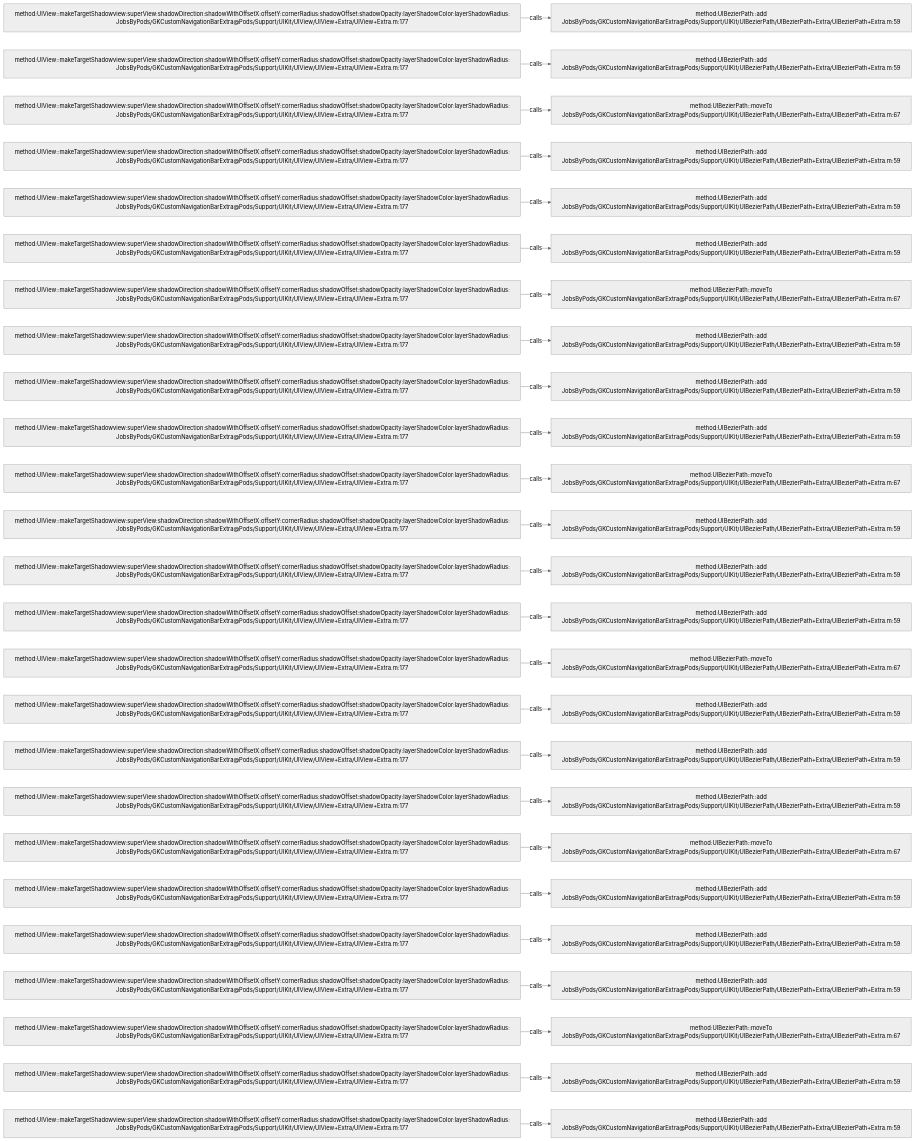
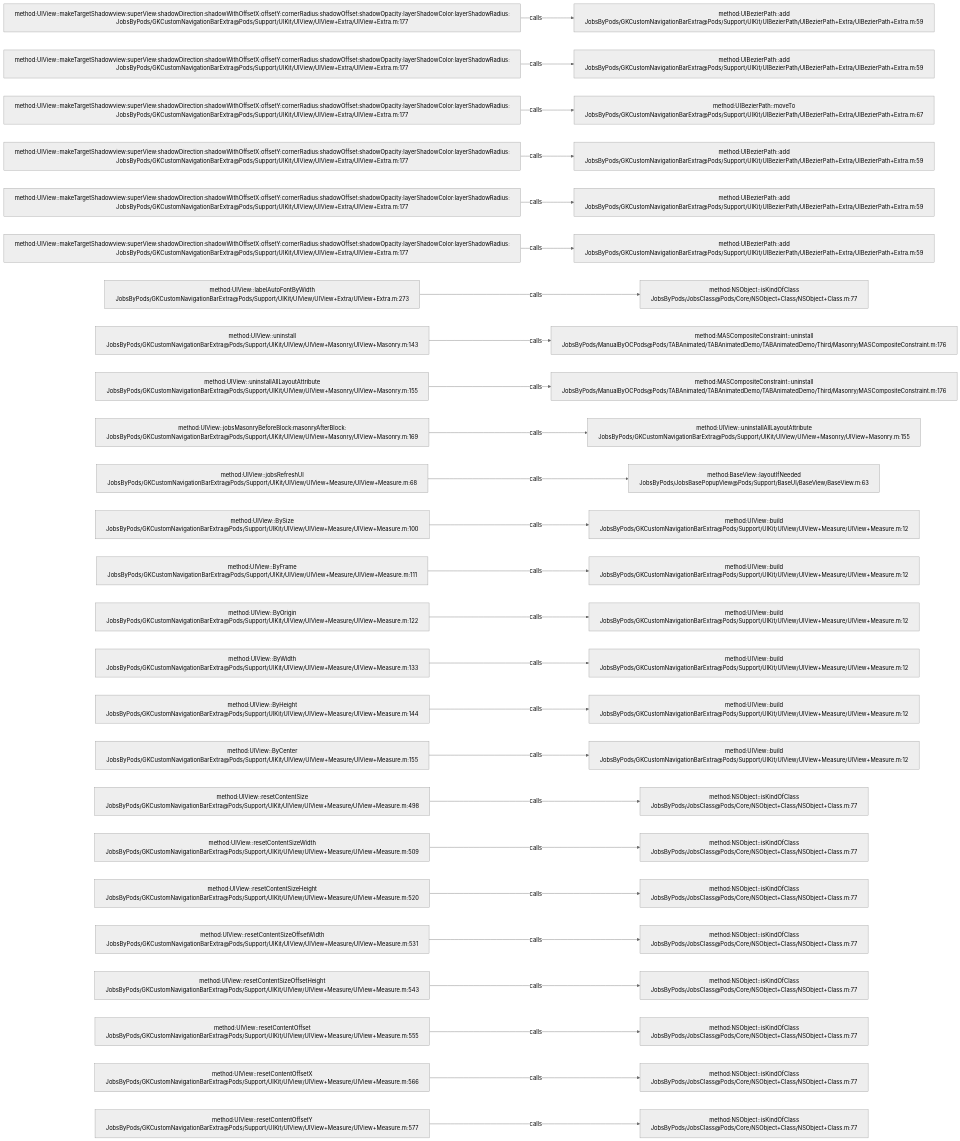
Before and after one commit to JobsKits/JobsOCBaseConfigDemo: the diagram in .codegraph/codegraph.md/graphs/calls-009.md, drawn with Mermaid (neutral theme). The commit also changed 1026 other files, not shown here.

````diff
--- a/.codegraph/codegraph.md/graphs/calls-009.md
+++ b/.codegraph/codegraph.md/graphs/calls-009.md
@@ -13,78 +13,78 @@
 ```mermaid
 flowchart LR
   S1["method:UIView::makeTargetShadowview:superView:shadowDirection:shadowWithOffsetX:offsetY:cornerRadius:shadowOffset:shadowOpacity:layerShadowColor:layerShadowRadius:<br/>JobsByPods/GKCustomNavigationBarExtra@Pods/Support/UIKit/UIView/UIView+Extra/UIView+Extra.m:177"]
   T1["method:UIBezierPath::add<br/>JobsByPods/GKCustomNavigationBarExtra@Pods/Support/UIKit/UIBezierPath/UIBezierPath+Extra/UIBezierPath+Extra.m:59"]
   S1 -->|calls| T1
   S2["method:UIView::makeTargetShadowview:superView:shadowDirection:shadowWithOffsetX:offsetY:cornerRadius:shadowOffset:shadowOpacity:layerShadowColor:layerShadowRadius:<br/>JobsByPods/GKCustomNavigationBarExtra@Pods/Support/UIKit/UIView/UIView+Extra/UIView+Extra.m:177"]
   T2["method:UIBezierPath::add<br/>JobsByPods/GKCustomNavigationBarExtra@Pods/Support/UIKit/UIBezierPath/UIBezierPath+Extra/UIBezierPath+Extra.m:59"]
   S2 -->|calls| T2
   S3["method:UIView::makeTargetShadowview:superView:shadowDirection:shadowWithOffsetX:offsetY:cornerRadius:shadowOffset:shadowOpacity:layerShadowColor:layerShadowRadius:<br/>JobsByPods/GKCustomNavigationBarExtra@Pods/Support/UIKit/UIView/UIView+Extra/UIView+Extra.m:177"]
   T3["method:UIBezierPath::moveTo<br/>JobsByPods/GKCustomNavigationBarExtra@Pods/Support/UIKit/UIBezierPath/UIBezierPath+Extra/UIBezierPath+Extra.m:67"]
   S3 -->|calls| T3
   S4["method:UIView::makeTargetShadowview:superView:shadowDirection:shadowWithOffsetX:offsetY:cornerRadius:shadowOffset:shadowOpacity:layerShadowColor:layerShadowRadius:<br/>JobsByPods/GKCustomNavigationBarExtra@Pods/Support/UIKit/UIView/UIView+Extra/UIView+Extra.m:177"]
   T4["method:UIBezierPath::add<br/>JobsByPods/GKCustomNavigationBarExtra@Pods/Support/UIKit/UIBezierPath/UIBezierPath+Extra/UIBezierPath+Extra.m:59"]
   S4 -->|calls| T4
   S5["method:UIView::makeTargetShadowview:superView:shadowDirection:shadowWithOffsetX:offsetY:cornerRadius:shadowOffset:shadowOpacity:layerShadowColor:layerShadowRadius:<br/>JobsByPods/GKCustomNavigationBarExtra@Pods/Support/UIKit/UIView/UIView+Extra/UIView+Extra.m:177"]
   T5["method:UIBezierPath::add<br/>JobsByPods/GKCustomNavigationBarExtra@Pods/Support/UIKit/UIBezierPath/UIBezierPath+Extra/UIBezierPath+Extra.m:59"]
   S5 -->|calls| T5
   S6["method:UIView::makeTargetShadowview:superView:shadowDirection:shadowWithOffsetX:offsetY:cornerRadius:shadowOffset:shadowOpacity:layerShadowColor:layerShadowRadius:<br/>JobsByPods/GKCustomNavigationBarExtra@Pods/Support/UIKit/UIView/UIView+Extra/UIView+Extra.m:177"]
   T6["method:UIBezierPath::add<br/>JobsByPods/GKCustomNavigationBarExtra@Pods/Support/UIKit/UIBezierPath/UIBezierPath+Extra/UIBezierPath+Extra.m:59"]
   S6 -->|calls| T6
-  S7["method:UIView::makeTargetShadowview:superView:shadowDirection:shadowWithOffsetX:offsetY:cornerRadius:shadowOffset:shadowOpacity:layerShadowColor:layerShadowRadius:<br/>JobsByPods/GKCustomNavigationBarExtra@Pods/Support/UIKit/UIView/UIView+Extra/UIView+Extra.m:177"]
-  T7["method:UIBezierPath::moveTo<br/>JobsByPods/GKCustomNavigationBarExtra@Pods/Support/UIKit/UIBezierPath/UIBezierPath+Extra/UIBezierPath+Extra.m:67"]
+  S7["method:UIView::labelAutoFontByWidth<br/>JobsByPods/GKCustomNavigationBarExtra@Pods/Support/UIKit/UIView/UIView+Extra/UIView+Extra.m:273"]
+  T7["method:NSObject::isKindOfClass<br/>JobsByPods/JobsClass@Pods/Core/NSObject+Class/NSObject+Class.m:77"]
   S7 -->|calls| T7
-  S8["method:UIView::makeTargetShadowview:superView:shadowDirection:shadowWithOffsetX:offsetY:cornerRadius:shadowOffset:shadowOpacity:layerShadowColor:layerShadowRadius:<br/>JobsByPods/GKCustomNavigationBarExtra@Pods/Support/UIKit/UIView/UIView+Extra/UIView+Extra.m:177"]
-  T8["method:UIBezierPath::add<br/>JobsByPods/GKCustomNavigationBarExtra@Pods/Support/UIKit/UIBezierPath/UIBezierPath+Extra/UIBezierPath+Extra.m:59"]
+  S8["method:UIView::uninstall<br/>JobsByPods/GKCustomNavigationBarExtra@Pods/Support/UIKit/UIView/UIView+Masonry/UIView+Masonry.m:143"]
+  T8["method:MASCompositeConstraint::uninstall<br/>JobsByPods/ManualByOCPods@Pods/TABAnimated/TABAnimatedDemo/TABAnimatedDemo/Third/Masonry/MASCompositeConstraint.m:176"]
   S8 -->|calls| T8
-  S9["method:UIView::makeTargetShadowview:superView:shadowDirection:shadowWithOffsetX:offsetY:cornerRadius:shadowOffset:shadowOpacity:layerShadowColor:layerShadowRadius:<br/>JobsByPods/GKCustomNavigationBarExtra@Pods/Support/UIKit/UIView/UIView+Extra/UIView+Extra.m:177"]
-  T9["method:UIBezierPath::add<br/>JobsByPods/GKCustomNavigationBarExtra@Pods/Support/UIKit/UIBezierPath/UIBezierPath+Extra/UIBezierPath+Extra.m:59"]
+  S9["method:UIView::uninstallAllLayoutAttribute<br/>JobsByPods/GKCustomNavigationBarExtra@Pods/Support/UIKit/UIView/UIView+Masonry/UIView+Masonry.m:155"]
+  T9["method:MASCompositeConstraint::uninstall<br/>JobsByPods/ManualByOCPods@Pods/TABAnimated/TABAnimatedDemo/TABAnimatedDemo/Third/Masonry/MASCompositeConstraint.m:176"]
   S9 -->|calls| T9
-  S10["method:UIView::makeTargetShadowview:superView:shadowDirection:shadowWithOffsetX:offsetY:cornerRadius:shadowOffset:shadowOpacity:layerShadowColor:layerShadowRadius:<br/>JobsByPods/GKCustomNavigationBarExtra@Pods/Support/UIKit/UIView/UIView+Extra/UIView+Extra.m:177"]
-  T10["method:UIBezierPath::add<br/>JobsByPods/GKCustomNavigationBarExtra@Pods/Support/UIKit/UIBezierPath/UIBezierPath+Extra/UIBezierPath+Extra.m:59"]
+  S10["method:UIView::jobsMasonryBeforeBlock:masonryAfterBlock:<br/>JobsByPods/GKCustomNavigationBarExtra@Pods/Support/UIKit/UIView/UIView+Masonry/UIView+Masonry.m:169"]
+  T10["method:UIView::uninstallAllLayoutAttribute<br/>JobsByPods/GKCustomNavigationBarExtra@Pods/Support/UIKit/UIView/UIView+Masonry/UIView+Masonry.m:155"]
   S10 -->|calls| T10
-  S11["method:UIView::makeTargetShadowview:superView:shadowDirection:shadowWithOffsetX:offsetY:cornerRadius:shadowOffset:shadowOpacity:layerShadowColor:layerShadowRadius:<br/>JobsByPods/GKCustomNavigationBarExtra@Pods/Support/UIKit/UIView/UIView+Extra/UIView+Extra.m:177"]
-  T11["method:UIBezierPath::moveTo<br/>JobsByPods/GKCustomNavigationBarExtra@Pods/Support/UIKit/UIBezierPath/UIBezierPath+Extra/UIBezierPath+Extra.m:67"]
+  S11["method:UIView::jobsRefreshUI<br/>JobsByPods/GKCustomNavigationBarExtra@Pods/Support/UIKit/UIView/UIView+Measure/UIView+Measure.m:68"]
+  T11["method:BaseView::layoutIfNeeded<br/>JobsByPods/JobsBasePopupView@Pods/Support/BaseUI/BaseView/BaseView.m:63"]
   S11 -->|calls| T11
-  S12["method:UIView::makeTargetShadowview:superView:shadowDirection:shadowWithOffsetX:offsetY:cornerRadius:shadowOffset:shadowOpacity:layerShadowColor:layerShadowRadius:<br/>JobsByPods/GKCustomNavigationBarExtra@Pods/Support/UIKit/UIView/UIView+Extra/UIView+Extra.m:177"]
-  T12["method:UIBezierPath::add<br/>JobsByPods/GKCustomNavigationBarExtra@Pods/Support/UIKit/UIBezierPath/UIBezierPath+Extra/UIBezierPath+Extra.m:59"]
+  S12["method:UIView::BySize<br/>JobsByPods/GKCustomNavigationBarExtra@Pods/Support/UIKit/UIView/UIView+Measure/UIView+Measure.m:100"]
+  T12["method:UIView::build<br/>JobsByPods/GKCustomNavigationBarExtra@Pods/Support/UIKit/UIView/UIView+Measure/UIView+Measure.m:12"]
   S12 -->|calls| T12
-  S13["method:UIView::makeTargetShadowview:superView:shadowDirection:shadowWithOffsetX:offsetY:cornerRadius:shadowOffset:shadowOpacity:layerShadowColor:layerShadowRadius:<br/>JobsByPods/GKCustomNavigationBarExtra@Pods/Support/UIKit/UIView/UIView+Extra/UIView+Extra.m:177"]
-  T13["method:UIBezierPath::add<br/>JobsByPods/GKCustomNavigationBarExtra@Pods/Support/UIKit/UIBezierPath/UIBezierPath+Extra/UIBezierPath+Extra.m:59"]
+  S13["method:UIView::ByFrame<br/>JobsByPods/GKCustomNavigationBarExtra@Pods/Support/UIKit/UIView/UIView+Measure/UIView+Measure.m:111"]
+  T13["method:UIView::build<br/>JobsByPods/GKCustomNavigationBarExtra@Pods/Support/UIKit/UIView/UIView+Measure/UIView+Measure.m:12"]
   S13 -->|calls| T13
-  S14["method:UIView::makeTargetShadowview:superView:shadowDirection:shadowWithOffsetX:offsetY:cornerRadius:shadowOffset:shadowOpacity:layerShadowColor:layerShadowRadius:<br/>JobsByPods/GKCustomNavigationBarExtra@Pods/Support/UIKit/UIView/UIView+Extra/UIView+Extra.m:177"]
-  T14["method:UIBezierPath::add<br/>JobsByPods/GKCustomNavigationBarExtra@Pods/Support/UIKit/UIBezierPath/UIBezierPath+Extra/UIBezierPath+Extra.m:59"]
+  S14["method:UIView::ByOrigin<br/>JobsByPods/GKCustomNavigationBarExtra@Pods/Support/UIKit/UIView/UIView+Measure/UIView+Measure.m:122"]
+  T14["method:UIView::build<br/>JobsByPods/GKCustomNavigationBarExtra@Pods/Support/UIKit/UIView/UIView+Measure/UIView+Measure.m:12"]
   S14 -->|calls| T14
-  S15["method:UIView::makeTargetShadowview:superView:shadowDirection:shadowWithOffsetX:offsetY:cornerRadius:shadowOffset:shadowOpacity:layerShadowColor:layerShadowRadius:<br/>JobsByPods/GKCustomNavigationBarExtra@Pods/Support/UIKit/UIView/UIView+Extra/UIView+Extra.m:177"]
-  T15["method:UIBezierPath::moveTo<br/>JobsByPods/GKCustomNavigationBarExtra@Pods/Support/UIKit/UIBezierPath/UIBezierPath+Extra/UIBezierPath+Extra.m:67"]
+  S15["method:UIView::ByWidth<br/>JobsByPods/GKCustomNavigationBarExtra@Pods/Support/UIKit/UIView/UIView+Measure/UIView+Measure.m:133"]
+  T15["method:UIView::build<br/>JobsByPods/GKCustomNavigationBarExtra@Pods/Support/UIKit/UIView/UIView+Measure/UIView+Measure.m:12"]
   S15 -->|calls| T15
-  S16["method:UIView::makeTargetShadowview:superView:shadowDirection:shadowWithOffsetX:offsetY:cornerRadius:shadowOffset:shadowOpacity:layerShadowColor:layerShadowRadius:<br/>JobsByPods/GKCustomNavigationBarExtra@Pods/Support/UIKit/UIView/UIView+Extra/UIView+Extra.m:177"]
-  T16["method:UIBezierPath::add<br/>JobsByPods/GKCustomNavigationBarExtra@Pods/Support/UIKit/UIBezierPath/UIBezierPath+Extra/UIBezierPath+Extra.m:59"]
+  S16["method:UIView::ByHeight<br/>JobsByPods/GKCustomNavigationBarExtra@Pods/Support/UIKit/UIView/UIView+Measure/UIView+Measure.m:144"]
+  T16["method:UIView::build<br/>JobsByPods/GKCustomNavigationBarExtra@Pods/Support/UIKit/UIView/UIView+Measure/UIView+Measure.m:12"]
   S16 -->|calls| T16
-  S17["method:UIView::makeTargetShadowview:superView:shadowDirection:shadowWithOffsetX:offsetY:cornerRadius:shadowOffset:shadowOpacity:layerShadowColor:layerShadowRadius:<br/>JobsByPods/GKCustomNavigationBarExtra@Pods/Support/UIKit/UIView/UIView+Extra/UIView+Extra.m:177"]
-  T17["method:UIBezierPath::add<br/>JobsByPods/GKCustomNavigationBarExtra@Pods/Support/UIKit/UIBezierPath/UIBezierPath+Extra/UIBezierPath+Extra.m:59"]
+  S17["method:UIView::ByCenter<br/>JobsByPods/GKCustomNavigationBarExtra@Pods/Support/UIKit/UIView/UIView+Measure/UIView+Measure.m:155"]
+  T17["method:UIView::build<br/>JobsByPods/GKCustomNavigationBarExtra@Pods/Support/UIKit/UIView/UIView+Measure/UIView+Measure.m:12"]
   S17 -->|calls| T17
-  S18["method:UIView::makeTargetShadowview:superView:shadowDirection:shadowWithOffsetX:offsetY:cornerRadius:shadowOffset:shadowOpacity:layerShadowColor:layerShadowRadius:<br/>JobsByPods/GKCustomNavigationBarExtra@Pods/Support/UIKit/UIView/UIView+Extra/UIView+Extra.m:177"]
-  T18["method:UIBezierPath::add<br/>JobsByPods/GKCustomNavigationBarExtra@Pods/Support/UIKit/UIBezierPath/UIBezierPath+Extra/UIBezierPath+Extra.m:59"]
+  S18["method:UIView::resetContentSize<br/>JobsByPods/GKCustomNavigationBarExtra@Pods/Support/UIKit/UIView/UIView+Measure/UIView+Measure.m:498"]
+  T18["method:NSObject::isKindOfClass<br/>JobsByPods/JobsClass@Pods/Core/NSObject+Class/NSObject+Class.m:77"]
   S18 -->|calls| T18
-  S19["method:UIView::makeTargetShadowview:superView:shadowDirection:shadowWithOffsetX:offsetY:cornerRadius:shadowOffset:shadowOpacity:layerShadowColor:layerShadowRadius:<br/>JobsByPods/GKCustomNavigationBarExtra@Pods/Support/UIKit/UIView/UIView+Extra/UIView+Extra.m:177"]
-  T19["method:UIBezierPath::moveTo<br/>JobsByPods/GKCustomNavigationBarExtra@Pods/Support/UIKit/UIBezierPath/UIBezierPath+Extra/UIBezierPath+Extra.m:67"]
+  S19["method:UIView::resetContentSizeWidth<br/>JobsByPods/GKCustomNavigationBarExtra@Pods/Support/UIKit/UIView/UIView+Measure/UIView+Measure.m:509"]
+  T19["method:NSObject::isKindOfClass<br/>JobsByPods/JobsClass@Pods/Core/NSObject+Class/NSObject+Class.m:77"]
   S19 -->|calls| T19
-  S20["method:UIView::makeTargetShadowview:superView:shadowDirection:shadowWithOffsetX:offsetY:cornerRadius:shadowOffset:shadowOpacity:layerShadowColor:layerShadowRadius:<br/>JobsByPods/GKCustomNavigationBarExtra@Pods/Support/UIKit/UIView/UIView+Extra/UIView+Extra.m:177"]
-  T20["method:UIBezierPath::add<br/>JobsByPods/GKCustomNavigationBarExtra@Pods/Support/UIKit/UIBezierPath/UIBezierPath+Extra/UIBezierPath+Extra.m:59"]
+  S20["method:UIView::resetContentSizeHeight<br/>JobsByPods/GKCustomNavigationBarExtra@Pods/Support/UIKit/UIView/UIView+Measure/UIView+Measure.m:520"]
+  T20["method:NSObject::isKindOfClass<br/>JobsByPods/JobsClass@Pods/Core/NSObject+Class/NSObject+Class.m:77"]
   S20 -->|calls| T20
-  S21["method:UIView::makeTargetShadowview:superView:shadowDirection:shadowWithOffsetX:offsetY:cornerRadius:shadowOffset:shadowOpacity:layerShadowColor:layerShadowRadius:<br/>JobsByPods/GKCustomNavigationBarExtra@Pods/Support/UIKit/UIView/UIView+Extra/UIView+Extra.m:177"]
-  T21["method:UIBezierPath::add<br/>JobsByPods/GKCustomNavigationBarExtra@Pods/Support/UIKit/UIBezierPath/UIBezierPath+Extra/UIBezierPath+Extra.m:59"]
+  S21["method:UIView::resetContentSizeOffsetWidth<br/>JobsByPods/GKCustomNavigationBarExtra@Pods/Support/UIKit/UIView/UIView+Measure/UIView+Measure.m:531"]
+  T21["method:NSObject::isKindOfClass<br/>JobsByPods/JobsClass@Pods/Core/NSObject+Class/NSObject+Class.m:77"]
   S21 -->|calls| T21
-  S22["method:UIView::makeTargetShadowview:superView:shadowDirection:shadowWithOffsetX:offsetY:cornerRadius:shadowOffset:shadowOpacity:layerShadowColor:layerShadowRadius:<br/>JobsByPods/GKCustomNavigationBarExtra@Pods/Support/UIKit/UIView/UIView+Extra/UIView+Extra.m:177"]
-  T22["method:UIBezierPath::add<br/>JobsByPods/GKCustomNavigationBarExtra@Pods/Support/UIKit/UIBezierPath/UIBezierPath+Extra/UIBezierPath+Extra.m:59"]
+  S22["method:UIView::resetContentSizeOffsetHeight<br/>JobsByPods/GKCustomNavigationBarExtra@Pods/Support/UIKit/UIView/UIView+Measure/UIView+Measure.m:543"]
+  T22["method:NSObject::isKindOfClass<br/>JobsByPods/JobsClass@Pods/Core/NSObject+Class/NSObject+Class.m:77"]
   S22 -->|calls| T22
-  S23["method:UIView::makeTargetShadowview:superView:shadowDirection:shadowWithOffsetX:offsetY:cornerRadius:shadowOffset:shadowOpacity:layerShadowColor:layerShadowRadius:<br/>JobsByPods/GKCustomNavigationBarExtra@Pods/Support/UIKit/UIView/UIView+Extra/UIView+Extra.m:177"]
-  T23["method:UIBezierPath::moveTo<br/>JobsByPods/GKCustomNavigationBarExtra@Pods/Support/UIKit/UIBezierPath/UIBezierPath+Extra/UIBezierPath+Extra.m:67"]
+  S23["method:UIView::resetContentOffset<br/>JobsByPods/GKCustomNavigationBarExtra@Pods/Support/UIKit/UIView/UIView+Measure/UIView+Measure.m:555"]
+  T23["method:NSObject::isKindOfClass<br/>JobsByPods/JobsClass@Pods/Core/NSObject+Class/NSObject+Class.m:77"]
   S23 -->|calls| T23
-  S24["method:UIView::makeTargetShadowview:superView:shadowDirection:shadowWithOffsetX:offsetY:cornerRadius:shadowOffset:shadowOpacity:layerShadowColor:layerShadowRadius:<br/>JobsByPods/GKCustomNavigationBarExtra@Pods/Support/UIKit/UIView/UIView+Extra/UIView+Extra.m:177"]
-  T24["method:UIBezierPath::add<br/>JobsByPods/GKCustomNavigationBarExtra@Pods/Support/UIKit/UIBezierPath/UIBezierPath+Extra/UIBezierPath+Extra.m:59"]
+  S24["method:UIView::resetContentOffsetX<br/>JobsByPods/GKCustomNavigationBarExtra@Pods/Support/UIKit/UIView/UIView+Measure/UIView+Measure.m:566"]
+  T24["method:NSObject::isKindOfClass<br/>JobsByPods/JobsClass@Pods/Core/NSObject+Class/NSObject+Class.m:77"]
   S24 -->|calls| T24
-  S25["method:UIView::makeTargetShadowview:superView:shadowDirection:shadowWithOffsetX:offsetY:cornerRadius:shadowOffset:shadowOpacity:layerShadowColor:layerShadowRadius:<br/>JobsByPods/GKCustomNavigationBarExtra@Pods/Support/UIKit/UIView/UIView+Extra/UIView+Extra.m:177"]
-  T25["method:UIBezierPath::add<br/>JobsByPods/GKCustomNavigationBarExtra@Pods/Support/UIKit/UIBezierPath/UIBezierPath+Extra/UIBezierPath+Extra.m:59"]
+  S25["method:UIView::resetContentOffsetY<br/>JobsByPods/GKCustomNavigationBarExtra@Pods/Support/UIKit/UIView/UIView+Measure/UIView+Measure.m:577"]
+  T25["method:NSObject::isKindOfClass<br/>JobsByPods/JobsClass@Pods/Core/NSObject+Class/NSObject+Class.m:77"]
   S25 -->|calls| T25
 ```
````
